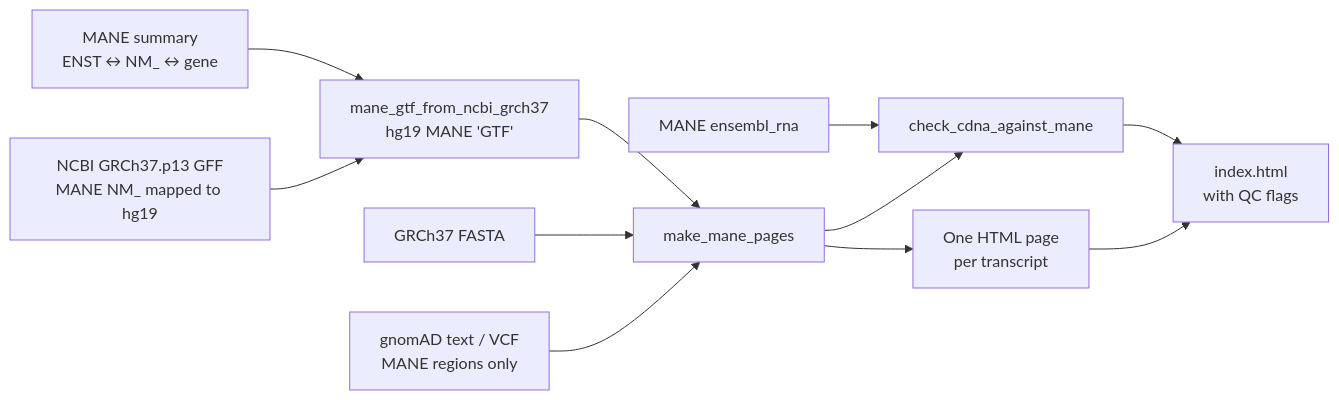
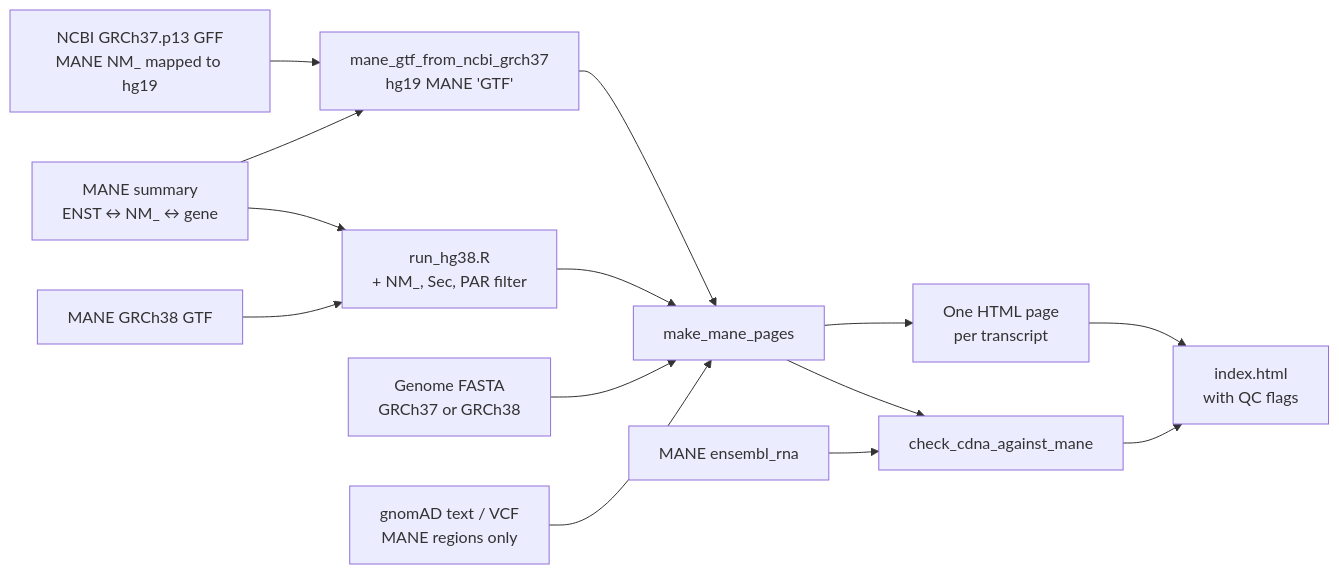
One commit to benstory/ensembl-human-genes changed the diagram in README.md. Above: the diagram before and after it, drawn with Mermaid. The commit also changed other lines of this file and 2 other files, not shown here.

Commit message:
Add hg38 support (run_hg38.R), update README

````diff
--- a/README.md
+++ b/README.md
@@ -282,13 +346,16 @@
 ```mermaid
 flowchart LR
   A[MANE summary<br/>ENST ↔ NM_ ↔ gene] --> C
   B[NCBI GRCh37.p13 GFF<br/>MANE NM_ mapped to hg19] --> C[mane_gtf_from_ncbi_grch37<br/>hg19 MANE 'GTF']
+  M[MANE GRCh38 GTF] --> D[run_hg38.R<br/>+ NM_, Sec, PAR filter]
+  A --> D
   C --> P[make_mane_pages]
-  F[GRCh37 FASTA] --> P
+  D --> P
+  F[Genome FASTA<br/>GRCh37 or GRCh38] --> P
   G[gnomAD text / VCF<br/>MANE regions only] --> P
   P --> H[One HTML page<br/>per transcript]
   R[MANE ensembl_rna] --> Q[check_cdna_against_mane]
   P --> Q
   Q --> I[index.html<br/>with QC flags]
   H --> I
 ```
````
